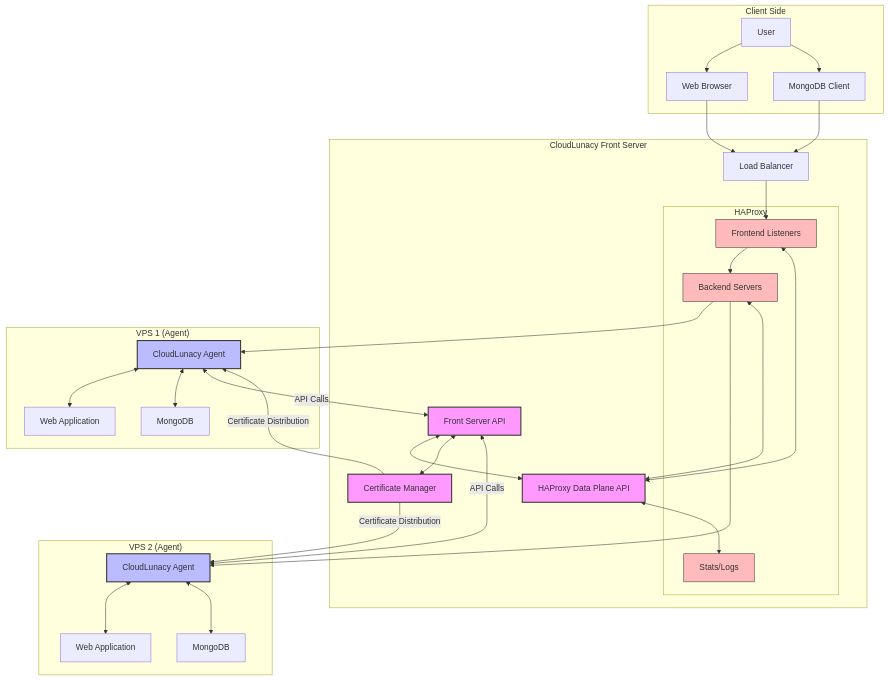
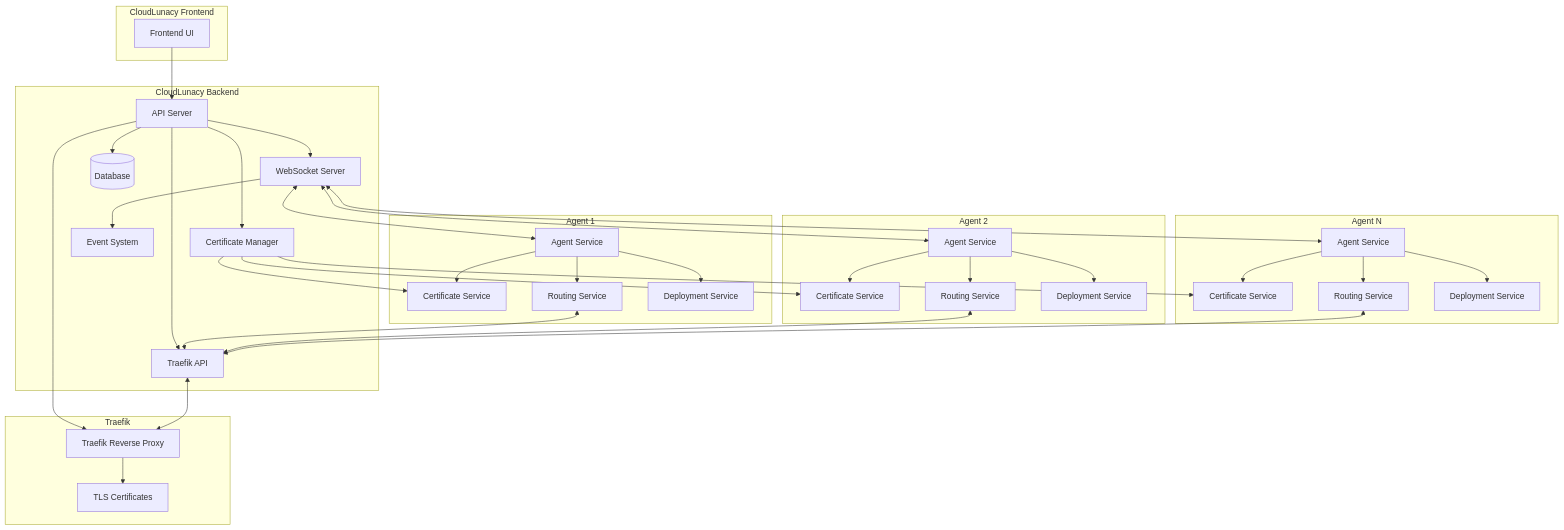
Before and after one commit to Mayze123/cloudlunacy-deployment-agent: the diagram in cloudlunacy-architecture.md, drawn with Mermaid. The commit also changed other lines of this file and 7 other files, not shown here.

````diff
--- a/cloudlunacy-architecture.md
+++ b/cloudlunacy-architecture.md
@@ -5,71 +5,78 @@
 ```mermaid
-flowchart TD
-    subgraph "Client Side"
-        U[User]
-        W[Web Browser]
-        M[MongoDB Client]
+graph TB
+    subgraph "CloudLunacy Frontend"
+        FE[Frontend UI]
     end
 
-    subgraph "CloudLunacy Front Server"
-        LB[Load Balancer]
-        FS[Front Server API]
-        DP[HAProxy Data Plane API]
+    subgraph "CloudLunacy Backend"
+        API[API Server]
+        WS[WebSocket Server]
         CM[Certificate Manager]
+        DP[Traefik API]
+        ES[Event System]
+        DB[(Database)]
 
-        subgraph "HAProxy"
-            HF[Frontend Listeners]
-            HB[Backend Servers]
-            HSL[Stats/Logs]
-        end
-
-        FS <--> DP
-        DP <--> HF
-        DP <--> HB
-        DP <--> HSL
-        FS <--> CM
+        API --> DB
+        API --> WS
+        API --> CM
+        API --> DP
+        WS --> ES
     end
 
-    subgraph "VPS 1 (Agent)"
-        A1[CloudLunacy Agent]
-        W1[Web Application]
-        DB1[MongoDB]
+    subgraph "Traefik"
+        TR[Traefik Reverse Proxy]
+        CL[TLS Certificates]
 
-        A1 <--> W1
-        A1 <--> DB1
+        TR --> CL
     end
 
-    subgraph "VPS 2 (Agent)"
-        A2[CloudLunacy Agent]
-        W2[Web Application]
-        DB2[MongoDB]
+    subgraph "Agent 1"
+        A1[Agent Service]
+        A1C[Certificate Service]
+        A1R[Routing Service]
+        A1D[Deployment Service]
 
-        A2 <--> W2
-        A2 <--> DB2
+        A1 --> A1C
+        A1 --> A1R
+        A1 --> A1D
     end
 
-    U --> W
-    U --> M
+    subgraph "Agent 2"
+        A2[Agent Service]
+        A2C[Certificate Service]
+        A2R[Routing Service]
+        A2D[Deployment Service]
 
-    W --> LB
-    M --> LB
+        A2 --> A2C
+        A2 --> A2R
+        A2 --> A2D
+    end
 
-    LB --> HF
-    HF --> HB
+    subgraph "Agent N"
+        AN[Agent Service]
+        ANC[Certificate Service]
+        ANR[Routing Service]
+        AND[Deployment Service]
 
-    HB --> A1
-    HB --> A2
+        AN --> ANC
+        AN --> ANR
+        AN --> AND
+    end
 
-    A1 <--"API Calls"--> FS
-    A2 <--"API Calls"--> FS
+    FE --> API
+    API --> TR
 
-    CM --"Certificate Distribution"--> A1
-    CM --"Certificate Distribution"--> A2
+    WS <--> A1
+    WS <--> A2
+    WS <--> AN
 
-    class FS,DP,CM primary
-    class A1,A2 secondary
-    class HF,HB,HSL tertiary
+    DP <--> TR
 
-    classDef primary fill:#f9f,stroke:#333,stroke-width:2px
-    classDef secondary fill:#bbf,stroke:#333,stroke-width:2px
-    classDef tertiary fill:#fbb,stroke:#333,stroke-width:1px
+    A1R <--> DP
+    A2R <--> DP
+    ANR <--> DP
+
+    CM --> A1C
+    CM --> A2C
+    CM --> ANC
 ```
````
